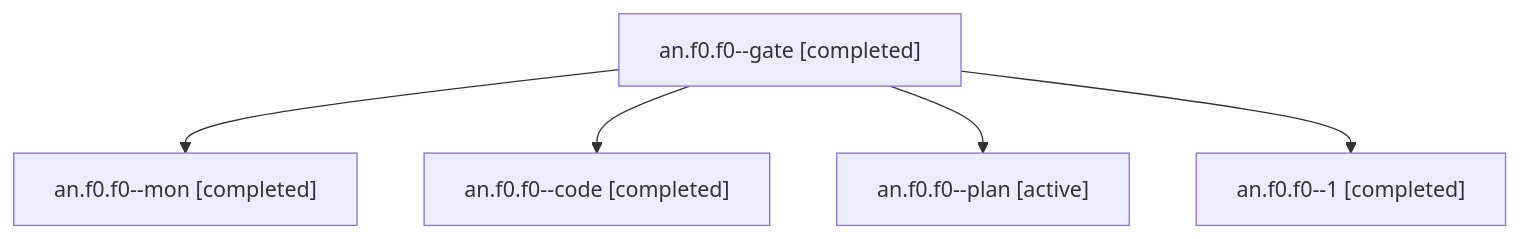
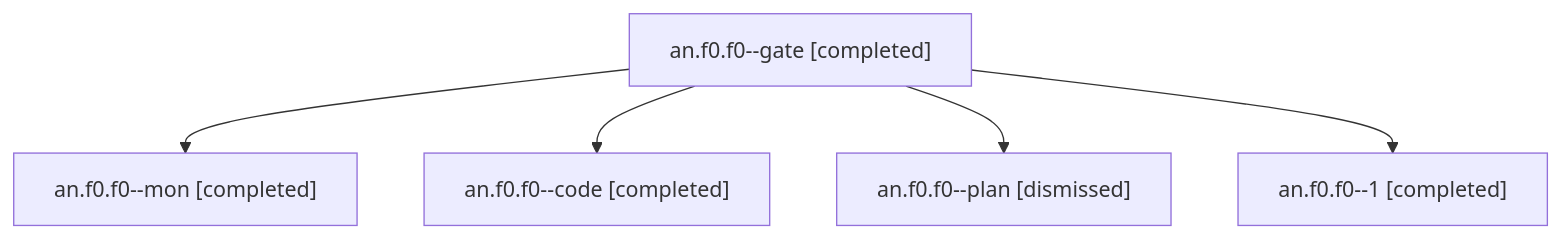
Before and after one commit to sase-org/sase--agents: the diagram in sessions/bbugyi200.apollo.an.f0.f0.md, drawn with Mermaid. The commit also changed other lines of this file and 27 other files, not shown here.

````diff
--- a/sessions/bbugyi200.apollo.an.f0.f0.md
+++ b/sessions/bbugyi200.apollo.an.f0.f0.md
@@ -9,12 +9,12 @@
 ```mermaid
 flowchart TD
   n0["an.f0.f0--gate [completed]"]
   n1["an.f0.f0--mon [completed]"]
   n0 --> n1
   n2["an.f0.f0--code [completed]"]
   n0 --> n2
-  n3["an.f0.f0--plan [active]"]
+  n3["an.f0.f0--plan [dismissed]"]
   n0 --> n3
   n4["an.f0.f0--1 [completed]"]
   n0 --> n4
 ```
````
